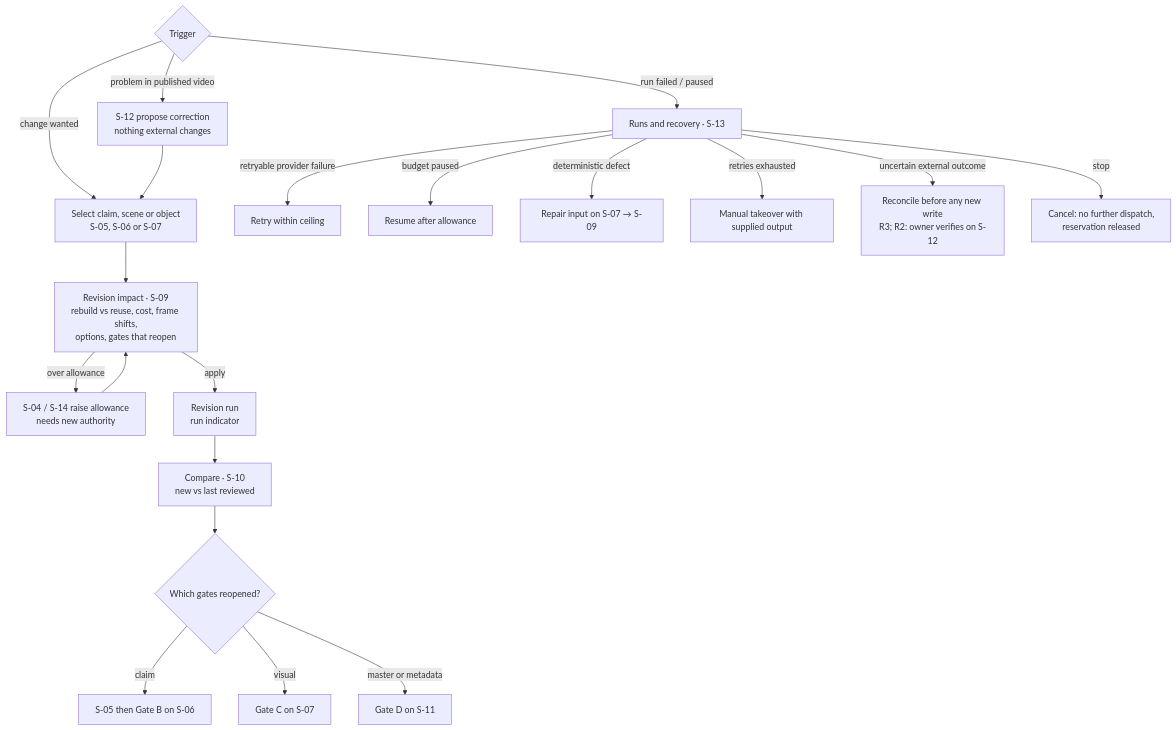
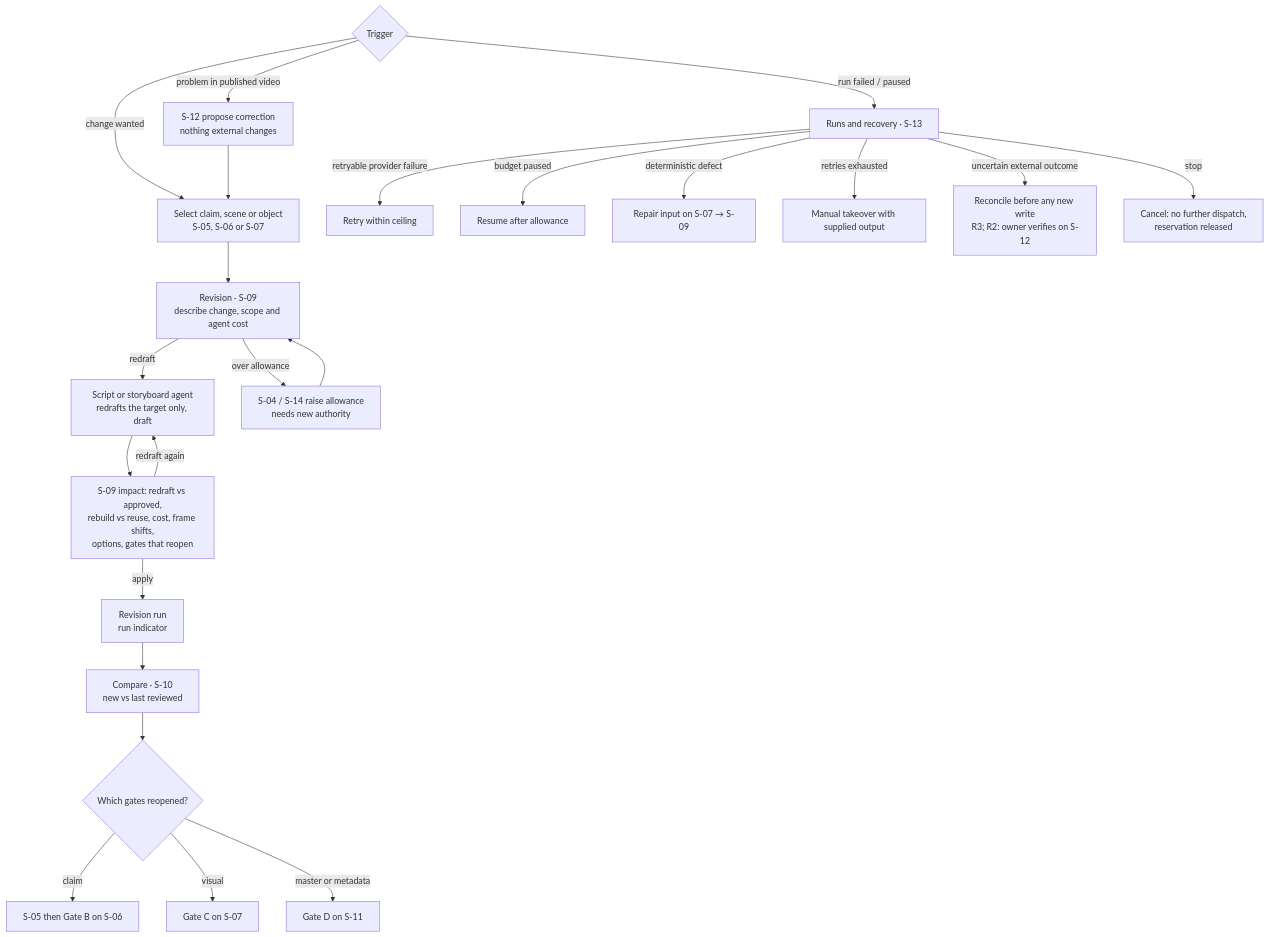
Before and after one commit to swa01wk/opportunity-os: the second of 3 diagrams in docs/product/UI_DESIGN.md, drawn with Mermaid. The commit also changed other lines of this file and 31 other files, not shown here.

````diff
--- a/docs/product/UI_DESIGN.md
+++ b/docs/product/UI_DESIGN.md
@@ -94,22 +121,26 @@
 ```mermaid
 flowchart TD
   trig{Trigger} -->|change wanted| pick[Select claim, scene or object<br/>S-05, S-06 or S-07]
   trig -->|run failed / paused| s13[Runs and recovery · S-13]
   trig -->|problem in published video| corr[S-12 propose correction<br/>nothing external changes]
-  pick --> s09[Revision impact · S-09<br/>rebuild vs reuse, cost, frame shifts,<br/>options, gates that reopen]
+  pick --> s09[Revision · S-09<br/>describe change, scope and agent cost]
+  s09 -->|redraft| ag[Script or storyboard agent<br/>redrafts the target only, draft]
+  ag --> imp[S-09 impact: redraft vs approved,<br/>rebuild vs reuse, cost, frame shifts,<br/>options, gates that reopen]
+  imp -->|redraft again| ag
+  imp -->|apply| run
   s09 -->|over allowance| bud[S-04 / S-14 raise allowance<br/>needs new authority]
   bud --> s09
-  s09 -->|apply| run[Revision run<br/>run indicator]
+  run[Revision run<br/>run indicator]
   run --> s10[Compare · S-10<br/>new vs last reviewed]
   s10 --> reg{Which gates reopened?}
   reg -->|claim| s05[S-05 then Gate B on S-06]
   reg -->|visual| s07[Gate C on S-07]
   reg -->|master or metadata| s11[Gate D on S-11]
   s13 -->|retryable provider failure| retry[Retry within ceiling]
   s13 -->|budget paused| resume[Resume after allowance]
   s13 -->|deterministic defect| fix[Repair input on S-07 → S-09]
   s13 -->|retries exhausted| take[Manual takeover with supplied output]
   s13 -->|uncertain external outcome| rec[Reconcile before any new write<br/>R3; R2: owner verifies on S-12]
   s13 -->|stop| cancel[Cancel: no further dispatch,<br/>reservation released]
   corr --> pick
 ```
````
